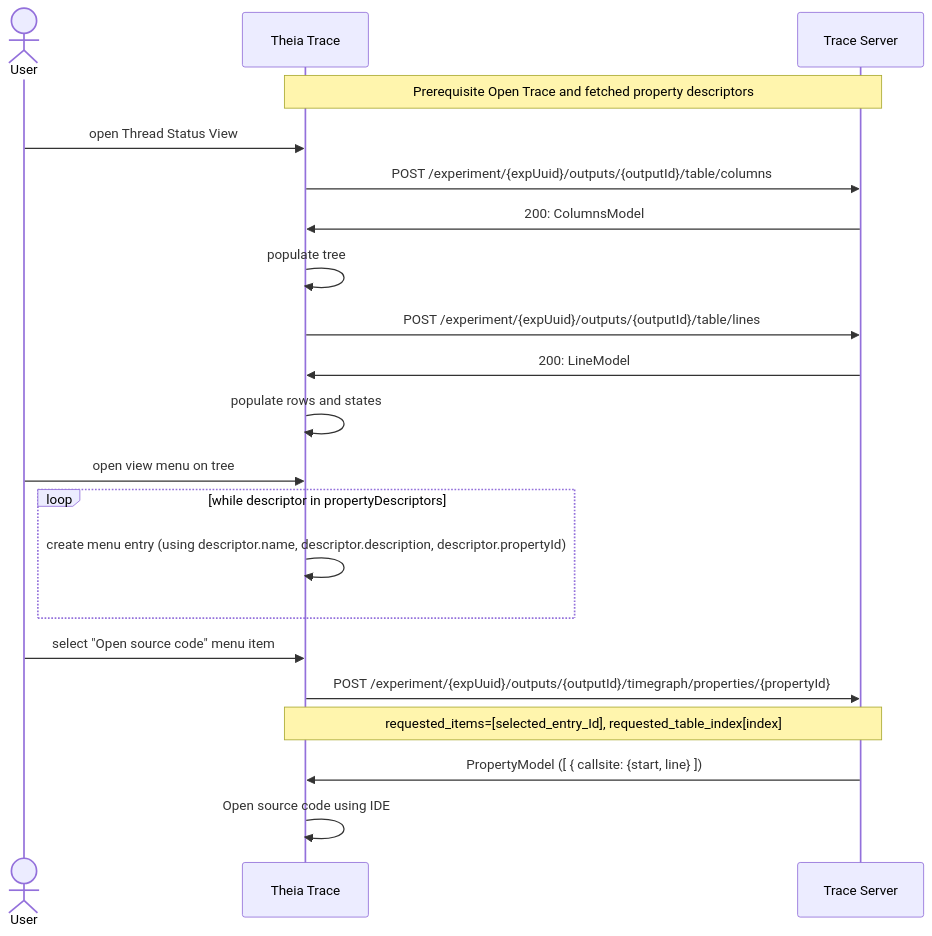
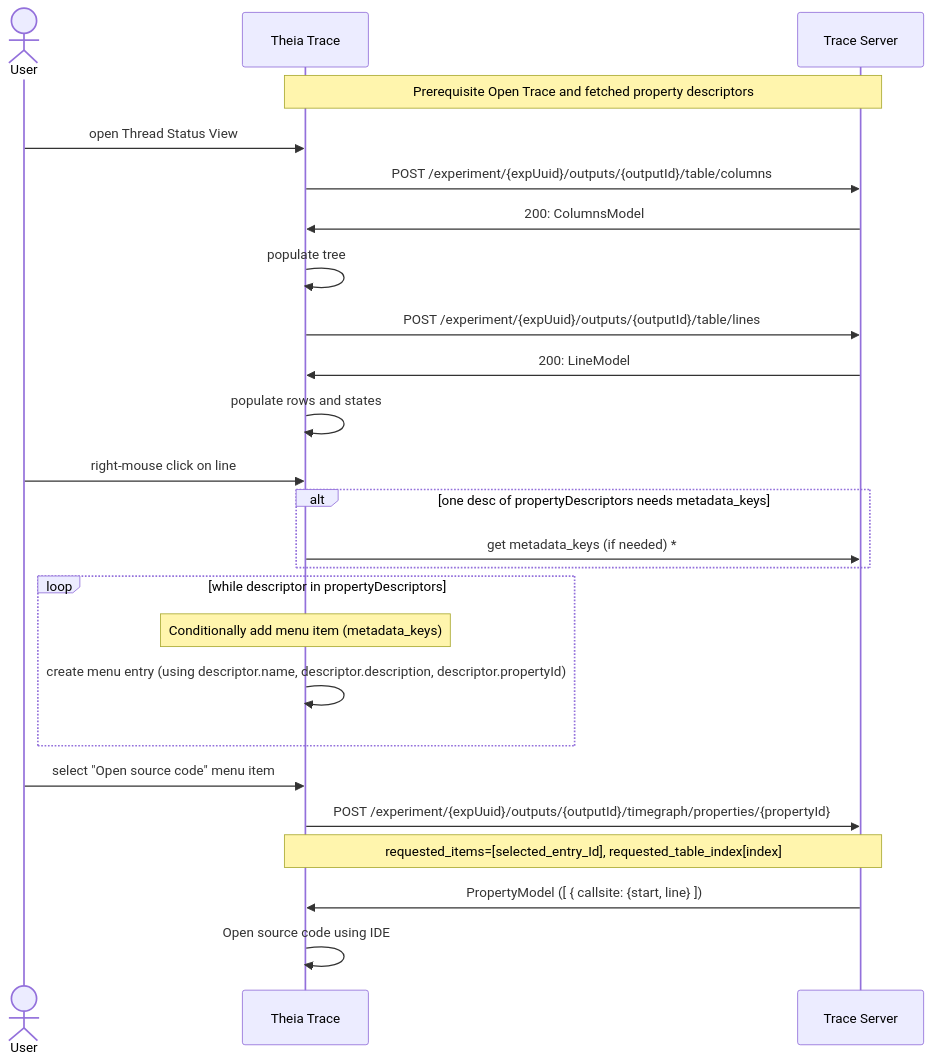
The sixth of 6 diagrams in doc/adr/0007-queryable-properties.md (eclipse-cdt-cloud/theia-trace-extension), drawn with Mermaid before and after one commit. The commit also changed other lines of this file, not shown here.

Commit message:
Conditional creation of menu using metadata-strings

````diff
--- a/doc/adr/0007-queryable-properties.md
+++ b/doc/adr/0007-queryable-properties.md
@@ -241,23 +248,27 @@
 ```mermaid
 sequenceDiagram
     actor User
     participant client as Theia Trace
     participant server as Trace Server
     Note over client,server: Prerequisite Open Trace and fetched property descriptors
     User->>client: open Thread Status View
     client->>server: POST /experiment/{expUuid}/outputs/{outputId}/table/columns
     server->>client: 200: ColumnsModel
     client->>client: populate tree
     client->>server: POST /experiment/{expUuid}/outputs/{outputId}/table/lines
     server->>client: 200: LineModel
     client->>client: populate rows and states
-    User->>client: open view menu on tree
+    User->>client: right-mouse click on line
+    alt one desc of propertyDescriptors needs metadata_keys
+        client->>server: get metadata_keys (if needed) *
+    end
     loop while descriptor in propertyDescriptors
+        Note over client: Conditionally add menu item (metadata_keys)
         client->>client: create menu entry (using descriptor.name, descriptor.description, descriptor.propertyId)
     end
     User->>client: select "Open source code" menu item
     client->>server: POST /experiment/{expUuid}/outputs/{outputId}/timegraph/properties/{propertyId}
     Note over client,server: requested_items=[selected_entry_Id], requested_table_index[index]
     server->>client: PropertyModel ([ { callsite: {start, line} ])
     client->>client: Open source code using IDE
 ```
````
